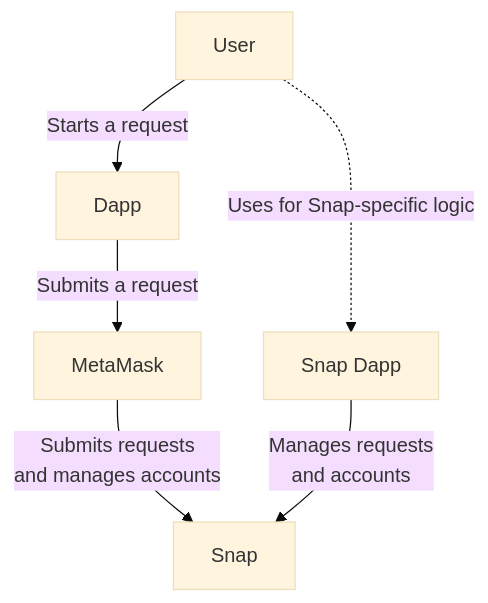
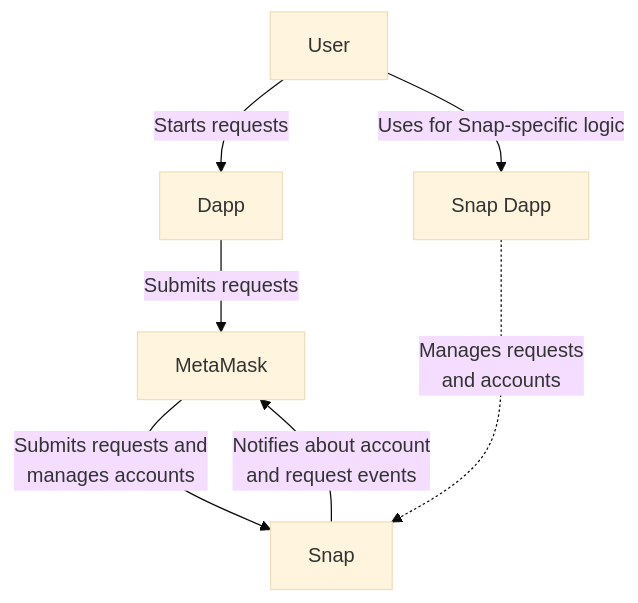
Before and after one commit to MetaMask/keyring-api: the first of 4 diagrams in docs/architecture.md, drawn with Mermaid (base theme). The commit also changed other lines of this file, not shown here.

Commit message:
docs: add notifications to architecture

````diff
--- a/docs/architecture.md
+++ b/docs/architecture.md
@@ -26,8 +26,9 @@
 ```mermaid
 graph TD
-  User -->|Starts a request| Dapp
-  Dapp -->|Submits a request| MetaMask
-  MetaMask -->|Submits requests<br/>and manages accounts| Snap
-  Site[Snap Dapp] -->|Manages requests<br/>and accounts| Snap
-  User -.->|Uses for Snap-specific logic| Site
+  User -->|Starts requests| Dapp
+  Dapp -->|Submits requests| MetaMask
+  MetaMask -->|Submits requests and<br/>manages accounts| Snap
+  Snap -->|Notifies about account<br/>and request events| MetaMask
+  Site[Snap Dapp] -..->|Manages requests<br/>and accounts| Snap
+  User -->|Uses for Snap-specific logic| Site
 ```
````
